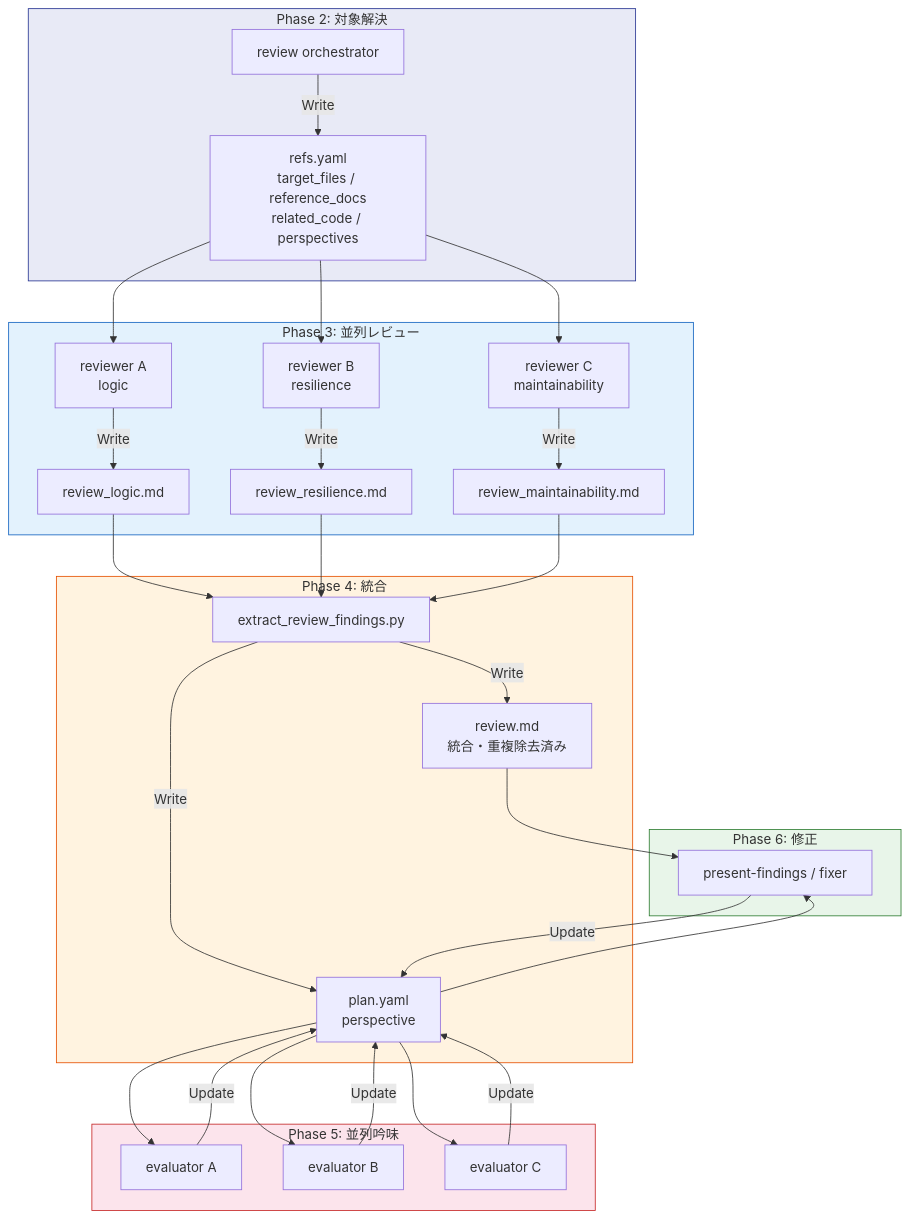
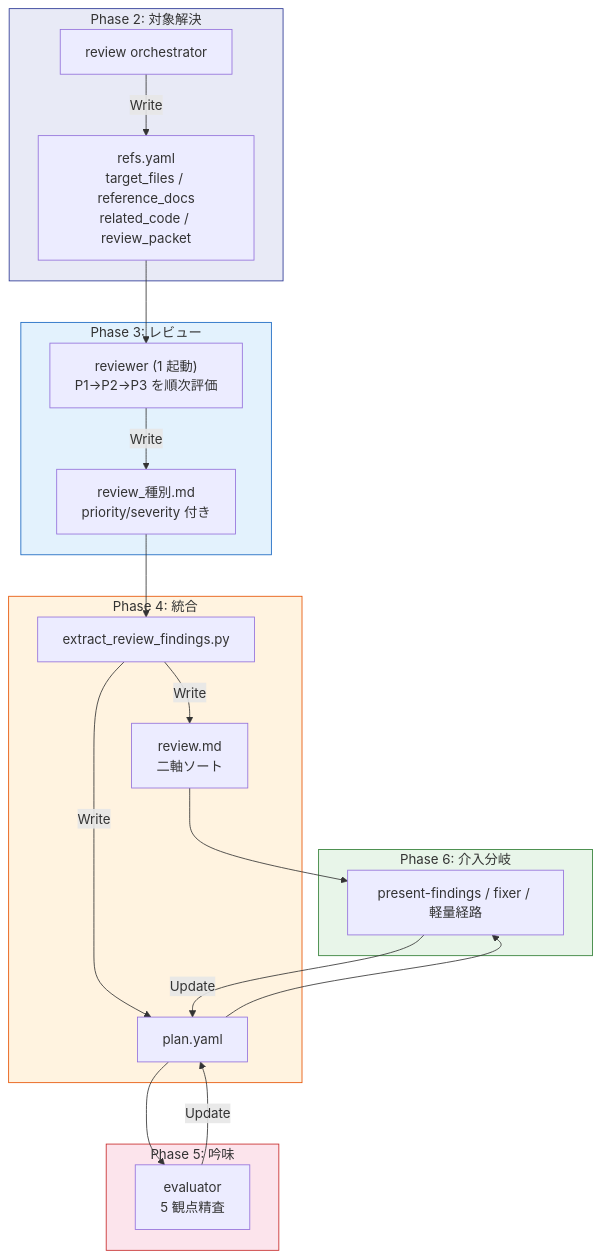
The second of 2 diagrams in docs/specs/forge/design/DES-015_review_workflow_design.md (BlueEventHorizon/bw-cc-plugins), drawn with Mermaid before and after one commit. The commit also changed other lines of this file and 8 other files, not shown here.

````diff
--- a/docs/specs/forge/design/DES-015_review_workflow_design.md
+++ b/docs/specs/forge/design/DES-015_review_workflow_design.md
@@ -273,41 +287,33 @@
 ```mermaid
 flowchart TD
     subgraph Phase2 [Phase 2: 対象解決]
-        ORC[review orchestrator] -->|Write| REFS[refs.yaml<br>target_files / reference_docs<br>related_code / perspectives]
+        ORC[review orchestrator] -->|Write| REFS["refs.yaml<br>target_files / reference_docs<br>related_code / review_packet"]
     end
 
-    subgraph Phase3 [Phase 3: 並列レビュー]
-        REFS --> R1[reviewer A<br>logic]
-        REFS --> R2[reviewer B<br>resilience]
-        REFS --> R3[reviewer C<br>maintainability]
-        R1 -->|Write| RA[review_logic.md]
-        R2 -->|Write| RB[review_resilience.md]
-        R3 -->|Write| RC[review_maintainability.md]
+    subgraph Phase3 [Phase 3: レビュー]
+        REFS --> R1["reviewer (1 起動)<br>P1→P2→P3 を順次評価"]
+        R1 -->|Write| RA["review_種別.md<br>priority/severity 付き"]
     end
 
     subgraph Phase4 [Phase 4: 統合]
-        RA & RB & RC --> EXT[extract_review_findings.py]
-        EXT -->|Write| RM[review.md<br>統合・重複除去済み]
-        EXT -->|Write| PY[plan.yaml<br>perspective]
+        RA --> EXT[extract_review_findings.py]
+        EXT -->|Write| RM["review.md<br>二軸ソート"]
+        EXT -->|Write| PY["plan.yaml"]
     end
 
-    subgraph Phase5 [Phase 5: 並列吟味]
-        PY --> E1[evaluator A]
-        PY --> E2[evaluator B]
-        PY --> E3[evaluator C]
+    subgraph Phase5 [Phase 5: 吟味]
+        PY --> E1["evaluator<br>5 観点精査"]
         E1 -->|Update| PY
-        E2 -->|Update| PY
-        E3 -->|Update| PY
     end
 
-    subgraph Phase6 [Phase 6: 修正]
-        RM & PY --> PF[present-findings / fixer]
+    subgraph Phase6 [Phase 6: 介入分岐]
+        RM & PY --> PF["present-findings / fixer / 軽量経路"]
         PF -->|Update| PY
     end
 
     style Phase2 fill:#e8eaf6,stroke:#283593
     style Phase3 fill:#e3f2fd,stroke:#1565c0
     style Phase5 fill:#fce4ec,stroke:#c62828
     style Phase4 fill:#fff3e0,stroke:#e65100
     style Phase6 fill:#e8f5e9,stroke:#2e7d32
 ```
````
